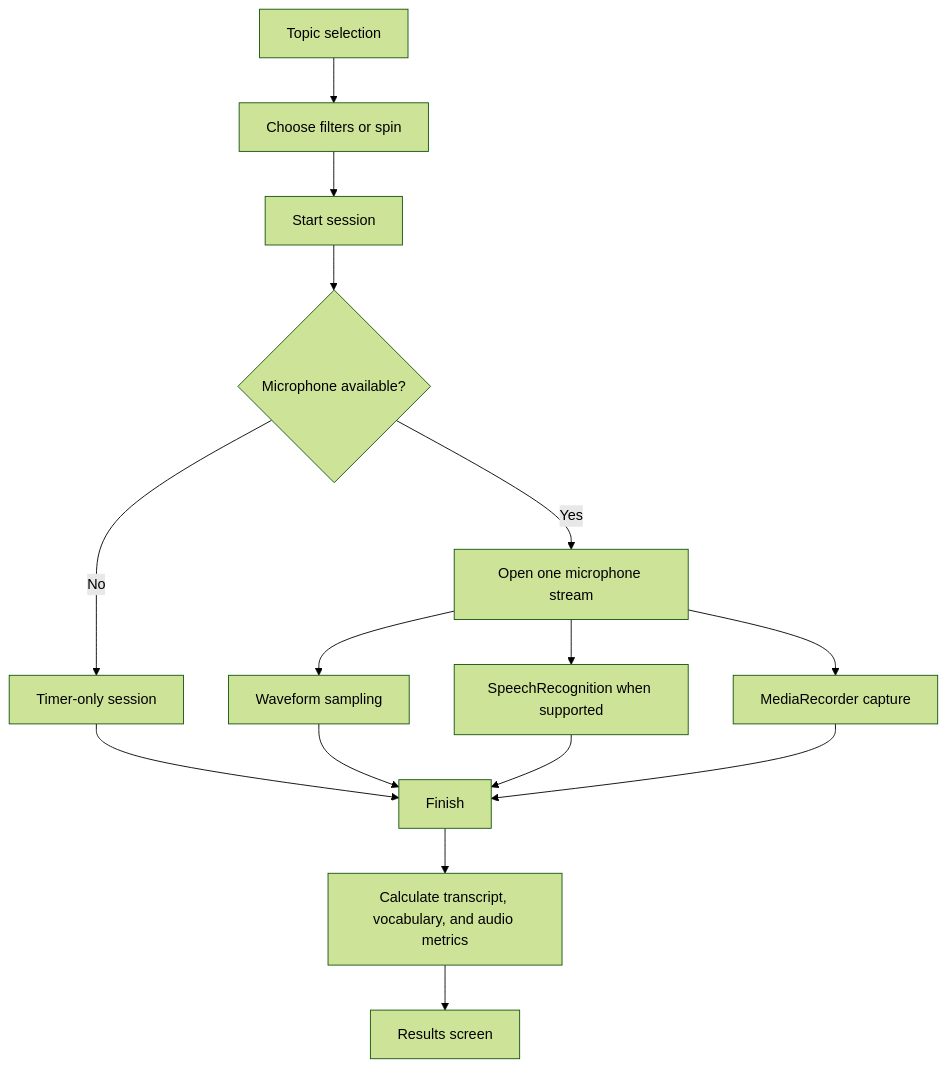
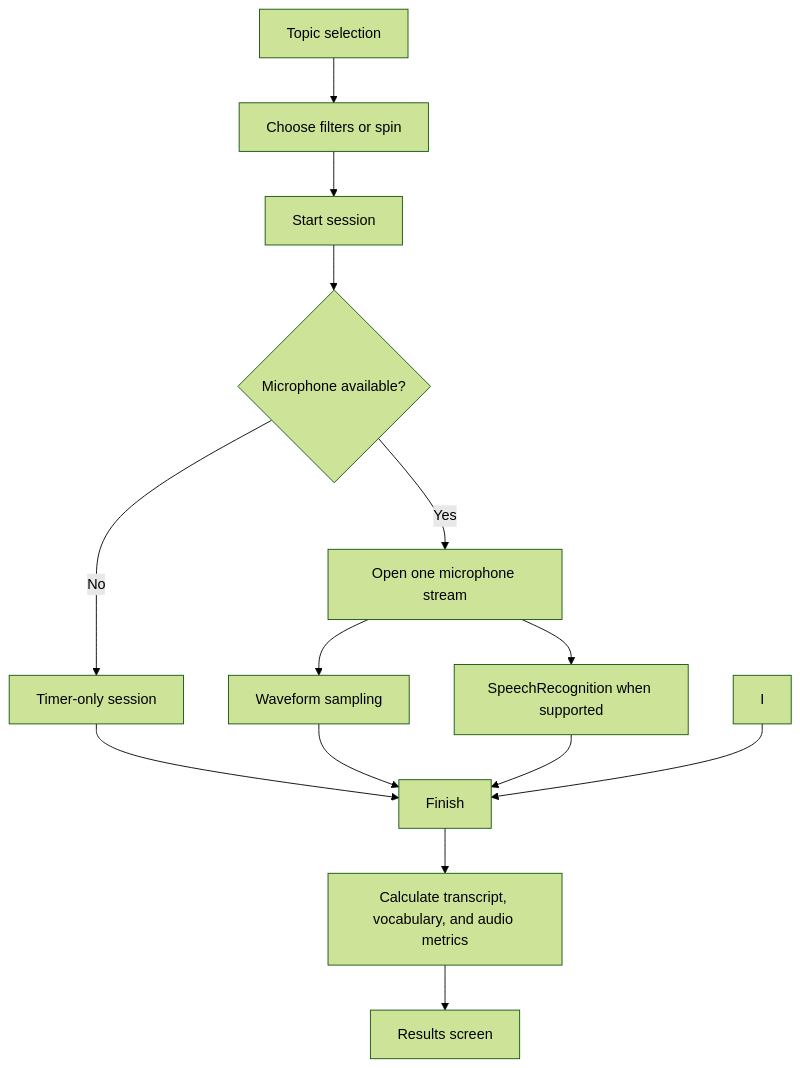
The diagram in PROJECT_GUIDE.md (pkpkp-pk/vocab), drawn with Mermaid (forest theme) before and after one commit. The commit also changed other lines of this file and 6 other files, not shown here.

````diff
--- a/PROJECT_GUIDE.md
+++ b/PROJECT_GUIDE.md
@@ -74,17 +74,16 @@
 ```mermaid
 flowchart TD
     A[Topic selection] --> B[Choose filters or spin]
     B --> C[Start session]
     C --> D{Microphone available?}
     D -- Yes --> E[Open one microphone stream]
     D -- No --> F[Timer-only session]
     E --> G[Waveform sampling]
     E --> H[SpeechRecognition when supported]
-    E --> I[MediaRecorder capture]
     F --> J[Finish]
     G --> J
     H --> J
     I --> J
     J --> K[Calculate transcript, vocabulary, and audio metrics]
     K --> L[Results screen]
 ```
````
